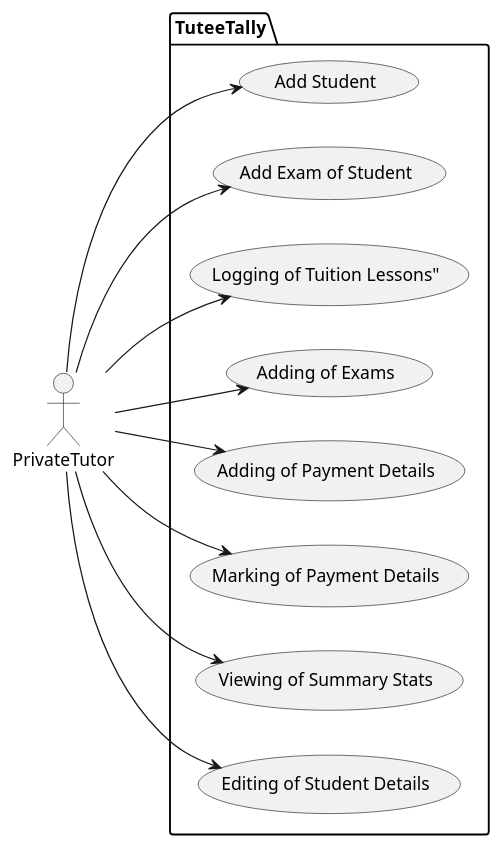
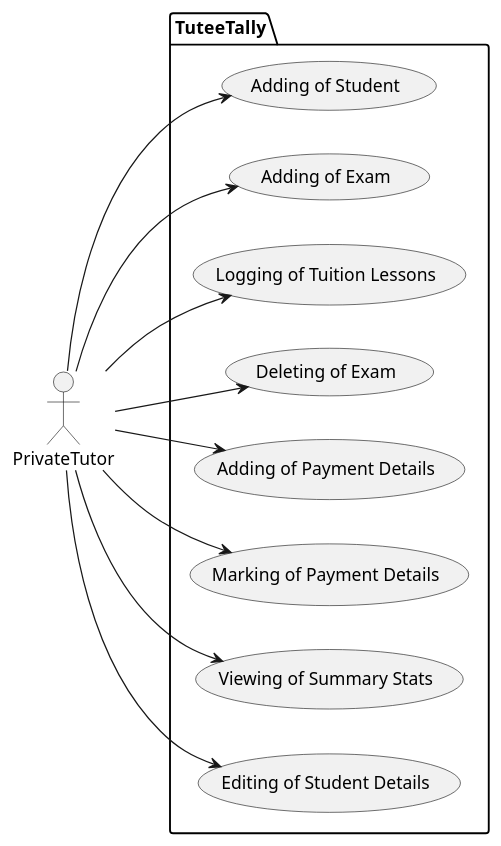
The diagram in docs/diagrams/UseCaseDiagram.puml (jessicawyz/tp), drawn with PlantUML before and after one commit. The commit also changed 4 other files, not shown here.

Commit message:
Fix formatting in DeveloperGuide.md and UML diagrams

```diff
--- a/docs/diagrams/UseCaseDiagram.puml
+++ b/docs/diagrams/UseCaseDiagram.puml
@@ -1,24 +1,24 @@
 @startuml
 left to right direction
 actor PrivateTutor as g
 
 package TuteeTally {
-  usecase "Add Student" as UC1
-  usecase "Add Exam of Student" as UC2
-  usecase "Logging of Tuition Lessons"" as UC3
-  usecase "Adding of Exams" as UC4
+  usecase "Adding of Student" as UC1
+  usecase "Adding of Exam" as UC2
+  usecase "Logging of Tuition Lessons" as UC3
+  usecase "Deleting of Exam" as UC4
   usecase "Adding of Payment Details" as UC5
   usecase "Marking of Payment Details" as UC6
   usecase "Viewing of Summary Stats" as UC7
   usecase "Editing of Student Details" as UC8
 }
 
 g --> UC1
 g --> UC2
 g --> UC3
 g --> UC4
 g --> UC5
 g --> UC6
 g --> UC7
 g --> UC8
 @enduml
```
